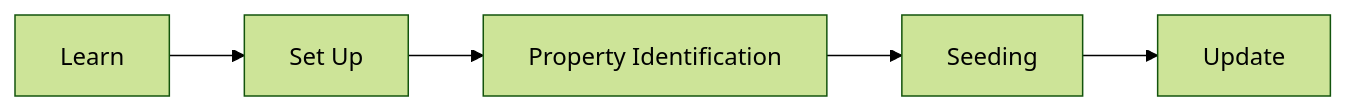
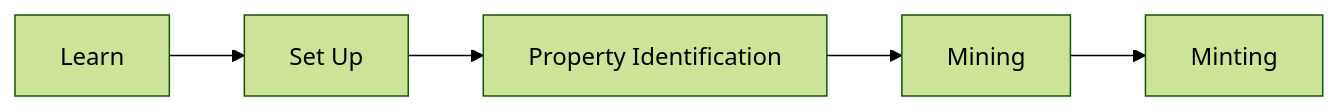
One commit to elephant-xyz/.github changed the diagram in profile/README.md. Above: the diagram before and after it, drawn with Mermaid (forest theme). The commit also changed other lines of this file, not shown here.

````diff
--- a/profile/README.md
+++ b/profile/README.md
@@ -35,7 +35,7 @@
 ```mermaid
 graph LR
     A[Learn] --> B[Set Up]
     B --> C[Property Identification]
-    C --> D[Seeding]
-    D --> E[Update]
+    C --> D[Mining]
+    D --> E[Minting]
 ```
````
